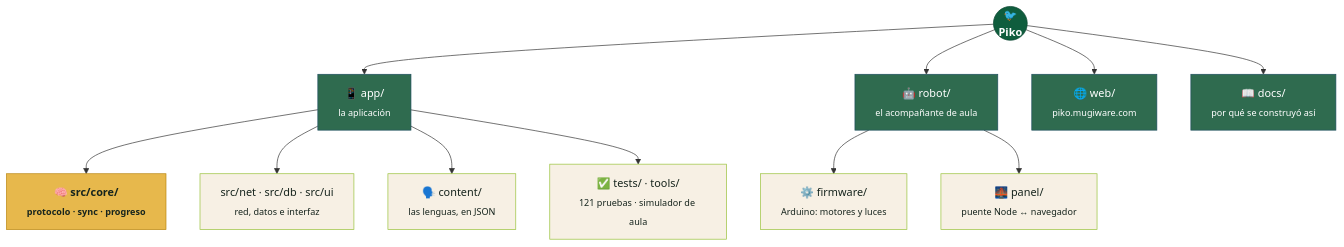
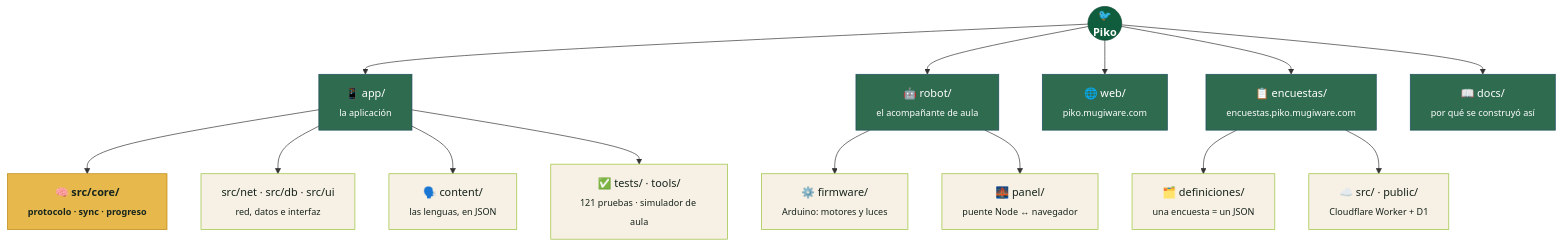
One commit to dnnyhr/Piko-Aplicacion-para-el-aprendizaje-de-idiomas- changed the second of 2 diagrams in README.md. Above: the diagram before and after it, drawn with Mermaid. The commit also changed other lines of this file and 16 other files, not shown here.

````diff
--- a/README.md
+++ b/README.md
@@ -176,27 +179,31 @@
 ```mermaid
 flowchart TD
     RAIZ(("🐦<br/>Piko"))
 
     RAIZ --> APP["📱 app/<br/><sub>la aplicación</sub>"]
     RAIZ --> ROBOT["🤖 robot/<br/><sub>el acompañante de aula</sub>"]
     RAIZ --> WEB["🌐 web/<br/><sub>piko.mugiware.com</sub>"]
+    RAIZ --> ENC["📋 encuestas/<br/><sub>encuestas.piko.mugiware.com</sub>"]
     RAIZ --> DOCS["📖 docs/<br/><sub>por qué se construyó así</sub>"]
 
     APP --> CORE["🧠 src/core/<br/><sub>protocolo · sync · progreso</sub>"]
     APP --> RESTO["src/net · src/db · src/ui<br/><sub>red, datos e interfaz</sub>"]
     APP --> CONTENT["🗣️ content/<br/><sub>las lenguas, en JSON</sub>"]
     APP --> TESTS["✅ tests/ · tools/<br/><sub>121 pruebas · simulador de aula</sub>"]
 
     ROBOT --> FIRM["⚙️ firmware/<br/><sub>Arduino: motores y luces</sub>"]
     ROBOT --> PANEL["🌉 panel/<br/><sub>puente Node ↔ navegador</sub>"]
 
+    ENC --> DEF["🗂️ definiciones/<br/><sub>una encuesta = un JSON</sub>"]
+    ENC --> WORKER["☁️ src/ · public/<br/><sub>Cloudflare Worker + D1</sub>"]
+
     classDef raiz fill:#0F5D3D,stroke:#0A4530,color:#fff,font-weight:bold
     classDef puerta fill:#2F6B4F,stroke:#1F4E5F,color:#fff
     classDef nucleo fill:#E7B84C,stroke:#B9860F,color:#16241D,font-weight:bold
     classDef hoja fill:#F7F0E4,stroke:#97C137,color:#16241D
 
     class RAIZ raiz
-    class APP,ROBOT,WEB,DOCS puerta
+    class APP,ROBOT,WEB,ENC,DOCS puerta
     class CORE nucleo
-    class RESTO,CONTENT,TESTS,FIRM,PANEL hoja
+    class RESTO,CONTENT,TESTS,FIRM,PANEL,DEF,WORKER hoja
 ```
````
